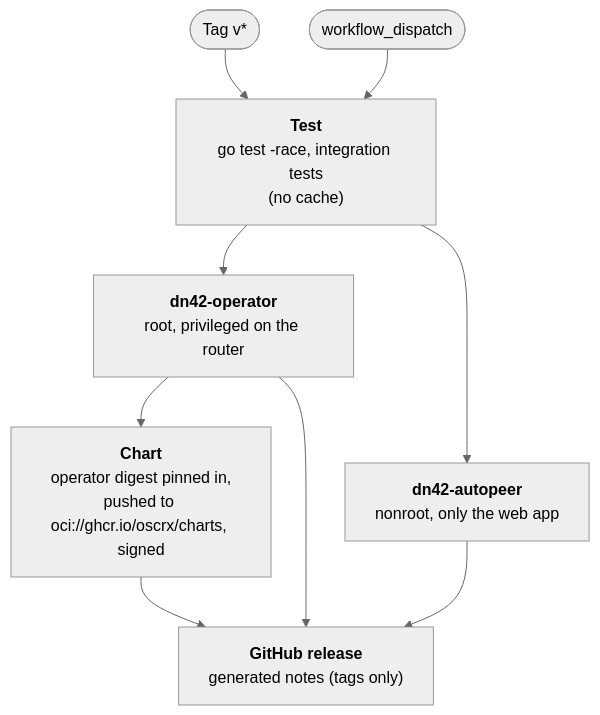
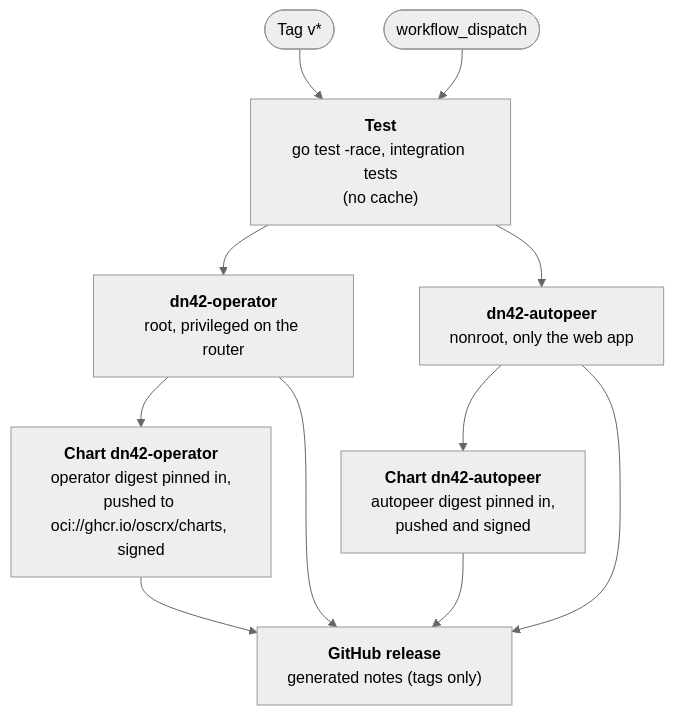
Before and after one commit to oscrx/dn42-operator: the second of 3 diagrams in .github/PIPELINE.md, drawn with Mermaid (neutral theme). The commit also changed other lines of this file and 13 other files, not shown here.

First line of the commit message:
Helm chart for autopeer: charts/dn42-autopeer; release both charts

````diff
--- a/.github/PIPELINE.md
+++ b/.github/PIPELINE.md
@@ -41,14 +42,15 @@
 ```mermaid
 flowchart TD
     tag(["Tag v*"])
     dispatch(["workflow_dispatch"])
 
     tag --> test
     dispatch --> test
 
     test["<b>Test</b><br/>go test -race, integration tests<br/>(no cache)"]
     test --> operator["<b>dn42-operator</b><br/>root, privileged on the router"]
     test --> autopeer["<b>dn42-autopeer</b><br/>nonroot, only the web app"]
-    operator --> chart["<b>Chart</b><br/>operator digest pinned in,<br/>pushed to oci://ghcr.io/oscrx/charts, signed"]
-    operator & autopeer & chart --> release["<b>GitHub release</b><br/>generated notes (tags only)"]
+    operator --> chart["<b>Chart dn42-operator</b><br/>operator digest pinned in,<br/>pushed to oci://ghcr.io/oscrx/charts, signed"]
+    autopeer --> chart2["<b>Chart dn42-autopeer</b><br/>autopeer digest pinned in,<br/>pushed and signed"]
+    operator & autopeer & chart & chart2 --> release["<b>GitHub release</b><br/>generated notes (tags only)"]
 ```
````
